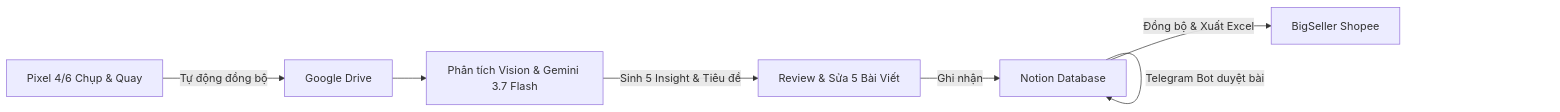
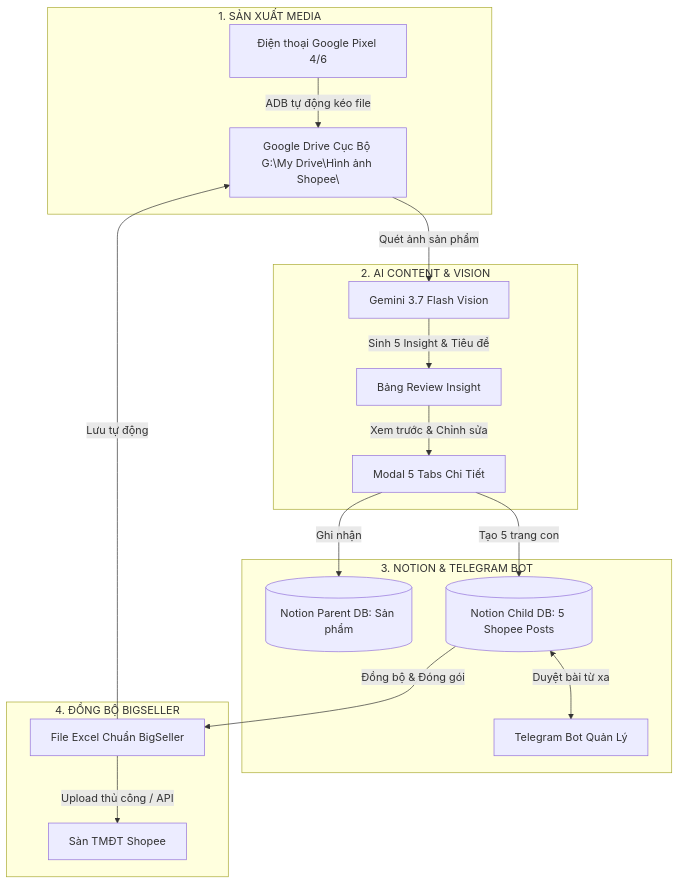
The first of 2 diagrams in handoff.md (datdtpl-maker/MCP-Shopee_Khai-Hoan), drawn with Mermaid before and after one commit. The commit also changed other lines of this file, not shown here.

Commit message:
docs: enrich handoff.md with Notion ERD schema, Drive folder paths, and tab breakdowns

````diff
--- a/handoff.md
+++ b/handoff.md
@@ -14,9 +15,24 @@
 ```mermaid
-graph LR
-    A[Pixel 4/6 Chụp & Quay] -->|Tự động đồng bộ| B[Google Drive]
-    B --> C[Phân tích Vision & Gemini 3.7 Flash]
-    C -->|Sinh 5 Insight & Tiêu đề| D[Review & Sửa 5 Bài Viết]
-    D -->|Ghi nhận| E[Notion Database]
-    E -->|Telegram Bot duyệt bài| E
-    E -->|Đồng bộ & Xuất Excel| F[BigSeller Shopee]
+graph TD
+    subgraph "1. SẢN XUẤT MEDIA"
+        A[Điện thoại Google Pixel 4/6] -->|ADB tự động kéo file| B[Google Drive Cục Bộ G:\My Drive\Hình ảnh Shopee\]
+    end
+
+    subgraph "2. AI CONTENT & VISION"
+        B -->|Quét ảnh sản phẩm| C[Gemini 3.7 Flash Vision]
+        C -->|Sinh 5 Insight & Tiêu đề| D[Bảng Review Insight]
+        D -->|Xem trước & Chỉnh sửa| E[Modal 5 Tabs Chi Tiết]
+    end
+
+    subgraph "3. NOTION & TELEGRAM BOT"
+        E -->|Ghi nhận| F[(Notion Parent DB: Sản phẩm)]
+        E -->|Tạo 5 trang con| G[(Notion Child DB: 5 Shopee Posts)]
+        G <-->|Duyệt bài từ xa| H[Telegram Bot Quản Lý]
+    end
+
+    subgraph "4. ĐỒNG BỘ BIGSELLER"
+        G -->|Đồng bộ & Đóng gói| I[File Excel Chuẩn BigSeller]
+        I -->|Lưu tự động| B
+        I -->|Upload thủ công / API| J[Sàn TMĐT Shopee]
+    end
 ```
````
